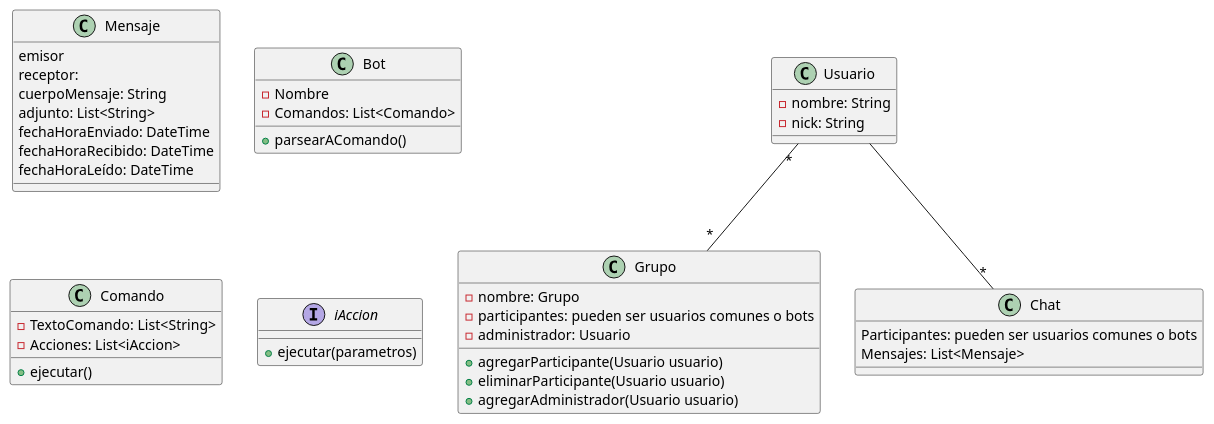
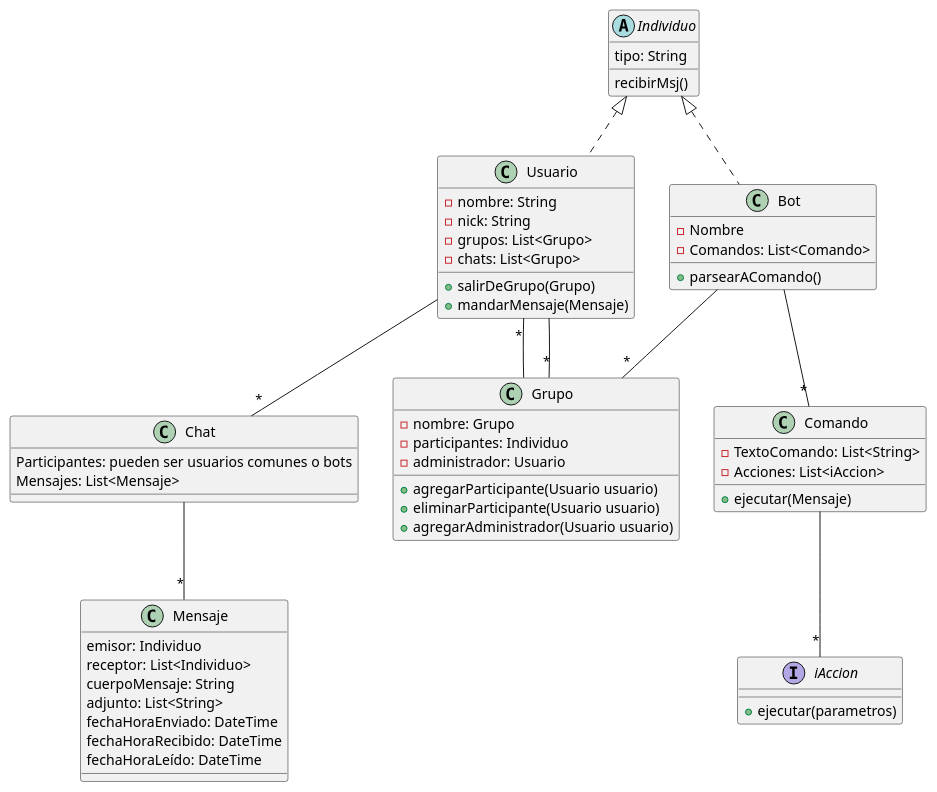
The diagram in CartaGram-final-26-08-2022/CartaGram.puml (AgustinaGuitmanD/Pr-cticaDDS), drawn with PlantUML before and after one commit.

```diff
--- a/CartaGram-final-26-08-2022/CartaGram.puml
+++ b/CartaGram-final-26-08-2022/CartaGram.puml
@@ -1,55 +1,65 @@
 @startuml
 'https://plantuml.com/class-diagram
 
 
-Usuario "*"--"*"Grupo
+Usuario "*"--Grupo
+Usuario --"*"Grupo
 Usuario --"*" Chat
-
-
-class Usuario {
+Bot --"*" Grupo
+Bot --"*" Comando
+Chat --"*" Mensaje
+Comando --"*"  iAccion
+abstract class Individuo {
+    tipo: String
+    recibirMsj()
+}
+class Usuario implements Individuo{
     - nombre: String
     - nick: String
+    - grupos: List<Grupo>
+    - chats: List<Grupo>
+    + salirDeGrupo(Grupo)
+    + mandarMensaje(Mensaje)
 }
 
 class Grupo {
     - nombre: Grupo
-    - participantes: pueden ser usuarios comunes o bots
+    - participantes: Individuo
     - administrador: Usuario
     +agregarParticipante(Usuario usuario)
     +eliminarParticipante(Usuario usuario)
     +agregarAdministrador(Usuario usuario)
 
 }
 class Chat {
     Participantes: pueden ser usuarios comunes o bots
     Mensajes: List<Mensaje>
 }
 
 class Mensaje {
-    emisor
-    receptor:
+    emisor: Individuo
+    receptor: List<Individuo>
     cuerpoMensaje: String
     adjunto: List<String>
     fechaHoraEnviado: DateTime
     fechaHoraRecibido: DateTime
     fechaHoraLeído: DateTime
 }
 
 
-class Bot {
+class Bot implements Individuo{
     - Nombre
     - Comandos: List<Comando>
-
     + parsearAComando()
 }
 
 class Comando {
     - TextoComando: List<String>
     - Acciones: List<iAccion>
-    + ejecutar()
+    + ejecutar(Mensaje)
 }
 
 interface iAccion {
     + ejecutar(parametros)
 }
 @enduml
```
